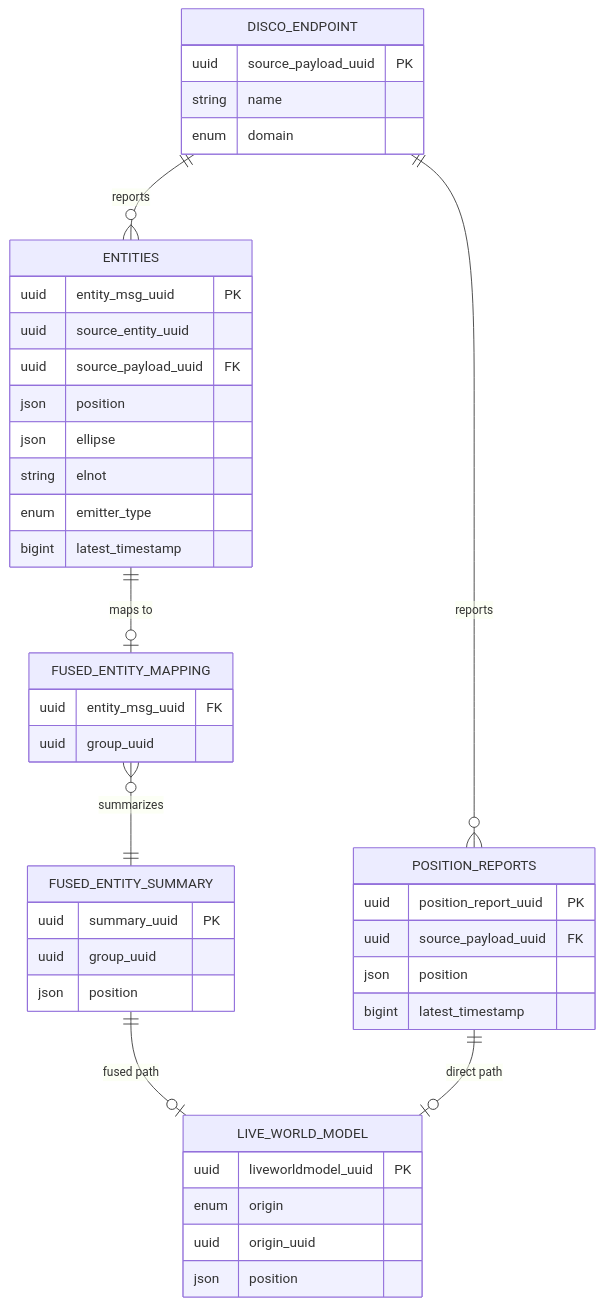
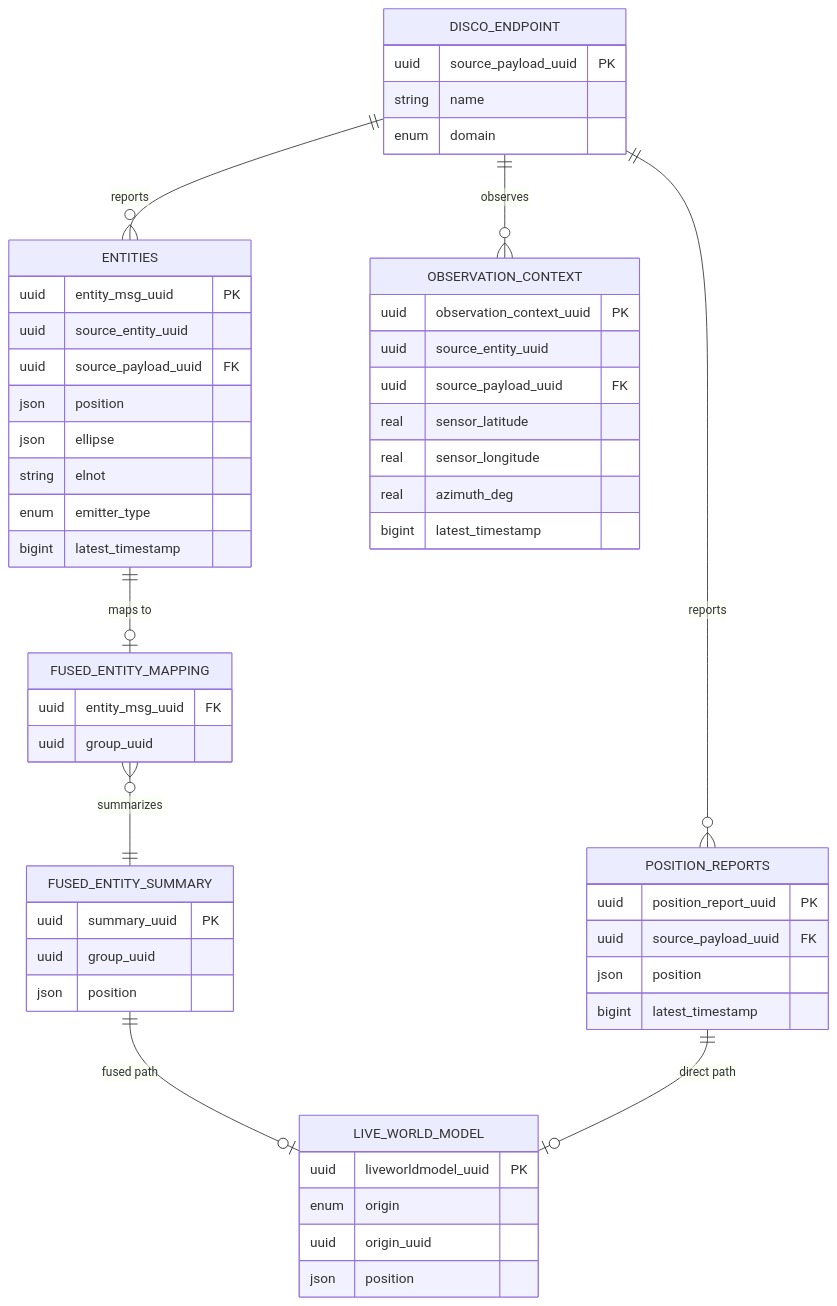
The first of 6 diagrams in docs/data-architecture-erd.md (ericpauls/disco_workspace), drawn with Mermaid before and after one commit. The commit also changed other lines of this file and 4 other files, not shown here.

First line of the commit message:
feat: Observation context prototype — AOA/LOB across all components

````diff
--- a/docs/data-architecture-erd.md
+++ b/docs/data-architecture-erd.md
@@ -9,51 +9,62 @@
 ```mermaid
 erDiagram
     DISCO_ENDPOINT {
         uuid source_payload_uuid PK
         string name
         enum domain
     }
 
     ENTITIES {
         uuid entity_msg_uuid PK
         uuid source_entity_uuid
         uuid source_payload_uuid FK
         json position
         json ellipse
         string elnot
         enum emitter_type
         bigint latest_timestamp
     }
 
     POSITION_REPORTS {
         uuid position_report_uuid PK
         uuid source_payload_uuid FK
         json position
         bigint latest_timestamp
     }
 
     FUSED_ENTITY_MAPPING {
         uuid entity_msg_uuid FK
         uuid group_uuid
     }
 
     FUSED_ENTITY_SUMMARY {
         uuid summary_uuid PK
         uuid group_uuid
         json position
     }
 
     LIVE_WORLD_MODEL {
         uuid liveworldmodel_uuid PK
         enum origin
         uuid origin_uuid
         json position
     }
 
+    OBSERVATION_CONTEXT {
+        uuid observation_context_uuid PK
+        uuid source_entity_uuid
+        uuid source_payload_uuid FK
+        real sensor_latitude
+        real sensor_longitude
+        real azimuth_deg
+        bigint latest_timestamp
+    }
+
     DISCO_ENDPOINT ||--o{ ENTITIES : "reports"
     DISCO_ENDPOINT ||--o{ POSITION_REPORTS : "reports"
+    DISCO_ENDPOINT ||--o{ OBSERVATION_CONTEXT : "observes"
     ENTITIES ||--o| FUSED_ENTITY_MAPPING : "maps to"
     FUSED_ENTITY_MAPPING }o--|| FUSED_ENTITY_SUMMARY : "summarizes"
     FUSED_ENTITY_SUMMARY ||--o| LIVE_WORLD_MODEL : "fused path"
     POSITION_REPORTS ||--o| LIVE_WORLD_MODEL : "direct path"
 ```
````
